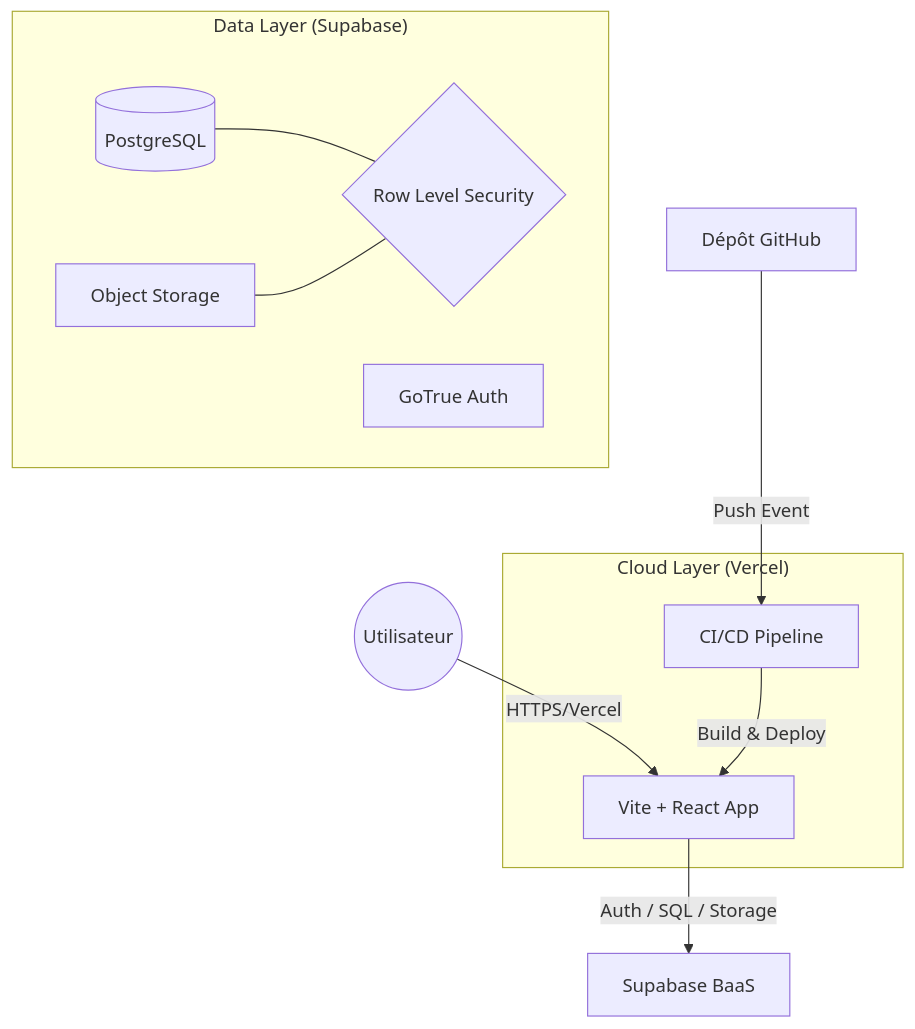
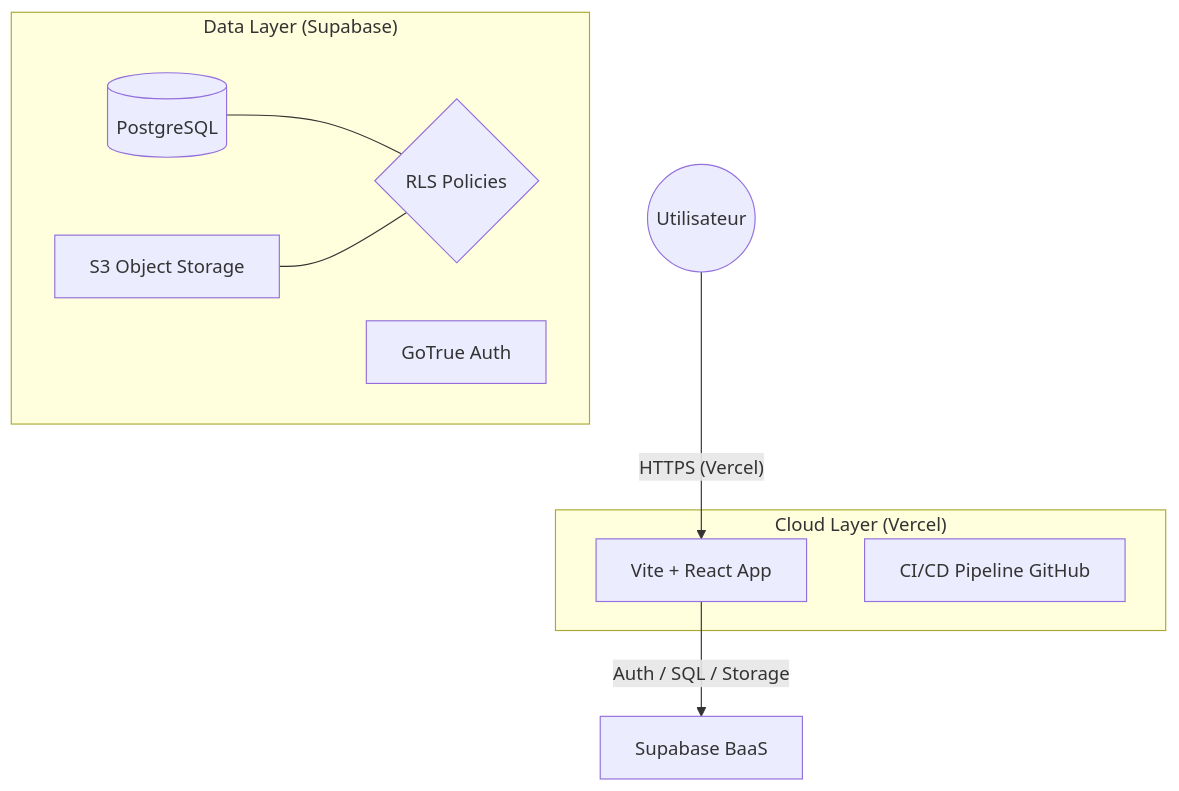
One commit to estinaya2024/Veto-care changed the first of 2 diagrams in README.md. Above: the diagram before and after it, drawn with Mermaid. The commit also changed other lines of this file, not shown here.

Commit message:
docs: update README with latest features and architecture

````diff
--- a/README.md
+++ b/README.md
@@ -11,22 +20,19 @@
 ```mermaid
 graph TD
-    User((Utilisateur)) -- HTTPS/Vercel --> Frontend[Vite + React App]
+    User((Utilisateur)) -- "HTTPS (Vercel)" --> Frontend[Vite + React App]
     Frontend -- "Auth / SQL / Storage" --> Supabase[Supabase BaaS]
     
     subgraph "Cloud Layer (Vercel)"
         Frontend
-        CI[CI/CD Pipeline]
+        CI[CI/CD Pipeline GitHub]
     end
     
     subgraph "Data Layer (Supabase)"
         DB[(PostgreSQL)]
         Auth[GoTrue Auth]
-        Storage[Object Storage]
-        RLS{Row Level Security}
+        Storage[S3 Object Storage]
+        RLS{RLS Policies}
         DB --- RLS
         Storage --- RLS
     end
-    
-    GitHub[Dépôt GitHub] -- "Push Event" --> CI
-    CI -- "Build & Deploy" --> Frontend
 ```
````
